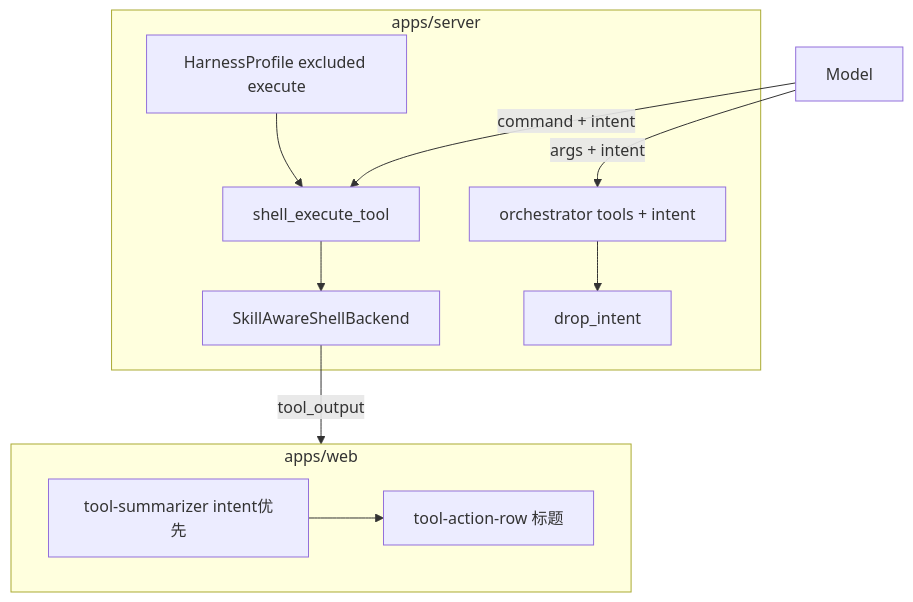
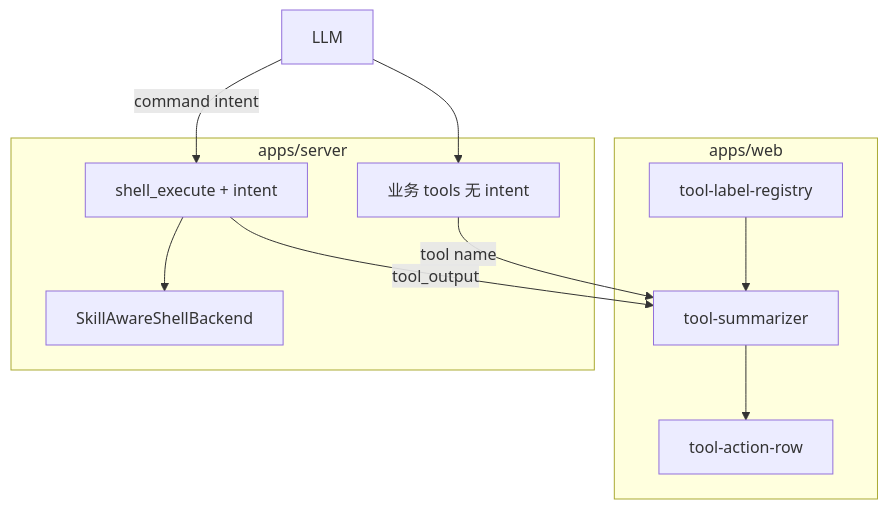
The diagram in docs/tool-intent-and-shell-execute-prd.md (rzx007/digital-employe-client-web-m), drawn with Mermaid before and after one commit. The commit also changed other lines of this file and 10 other files, not shown here.

First line of the commit message:
refactor(agent): 移除工具意图参数并简化相关函数

````diff
--- a/docs/tool-intent-and-shell-execute-prd.md
+++ b/docs/tool-intent-and-shell-execute-prd.md
@@ -152,22 +137,21 @@
 ```mermaid
 flowchart TB
   subgraph frontend [apps/web]
-    Summarizer[tool-summarizer intent优先]
-    ToolRow[tool-action-row 标题]
-    Summarizer --> ToolRow
+    Registry[tool-label-registry]
+    Summarizer[tool-summarizer]
+    ToolRow[tool-action-row]
+    Registry --> Summarizer --> ToolRow
   end
 
   subgraph backend [apps/server]
-    Harness[HarnessProfile excluded execute]
-    SE[shell_execute_tool]
-    CustomTools[orchestrator tools + intent]
+    SE[shell_execute + intent]
+    BizTools[业务 tools 无 intent]
     SAB[SkillAwareShellBackend]
-    Harness --> SE
     SE --> SAB
-    CustomTools --> DropIntent[drop_intent]
   end
 
-  LLM[Model] -->|command + intent| SE
-  LLM -->|args + intent| CustomTools
-  SAB -->|tool_output| frontend
+  LLM -->|command intent| SE
+  LLM --> BizTools
+  BizTools -->|tool name| Summarizer
+  SE -->|tool_output| Summarizer
 ```
````
